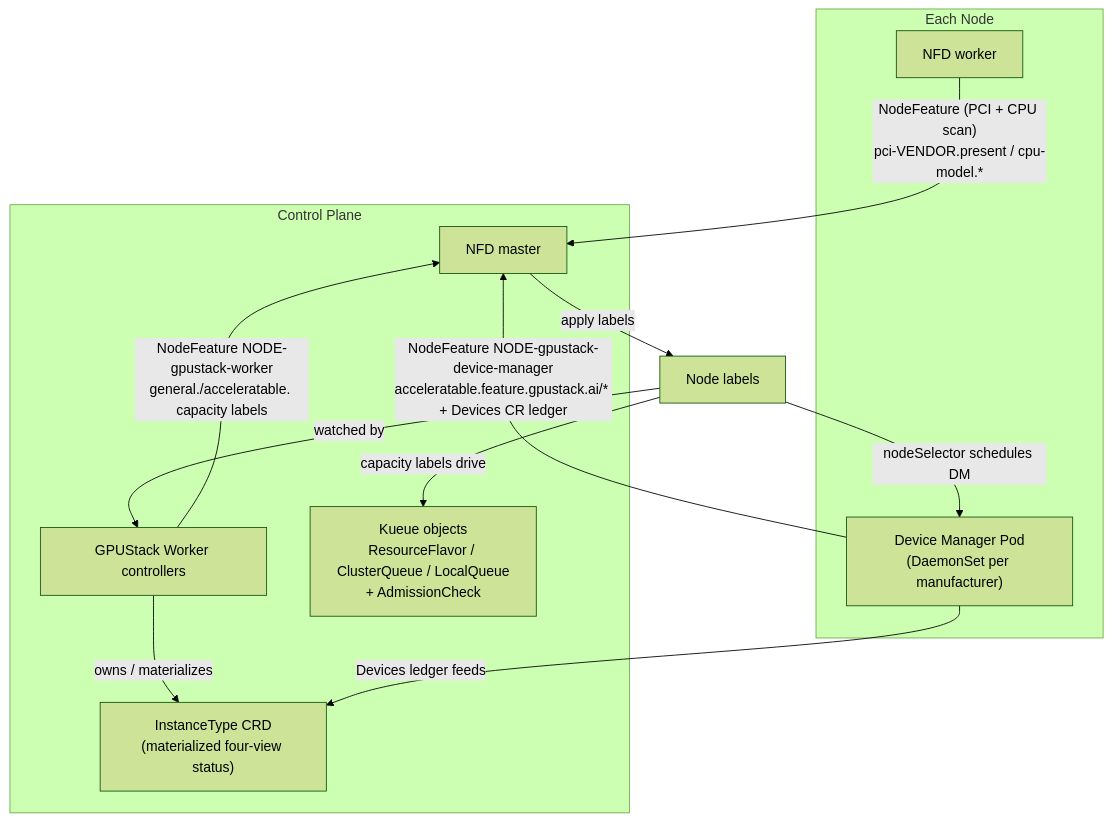
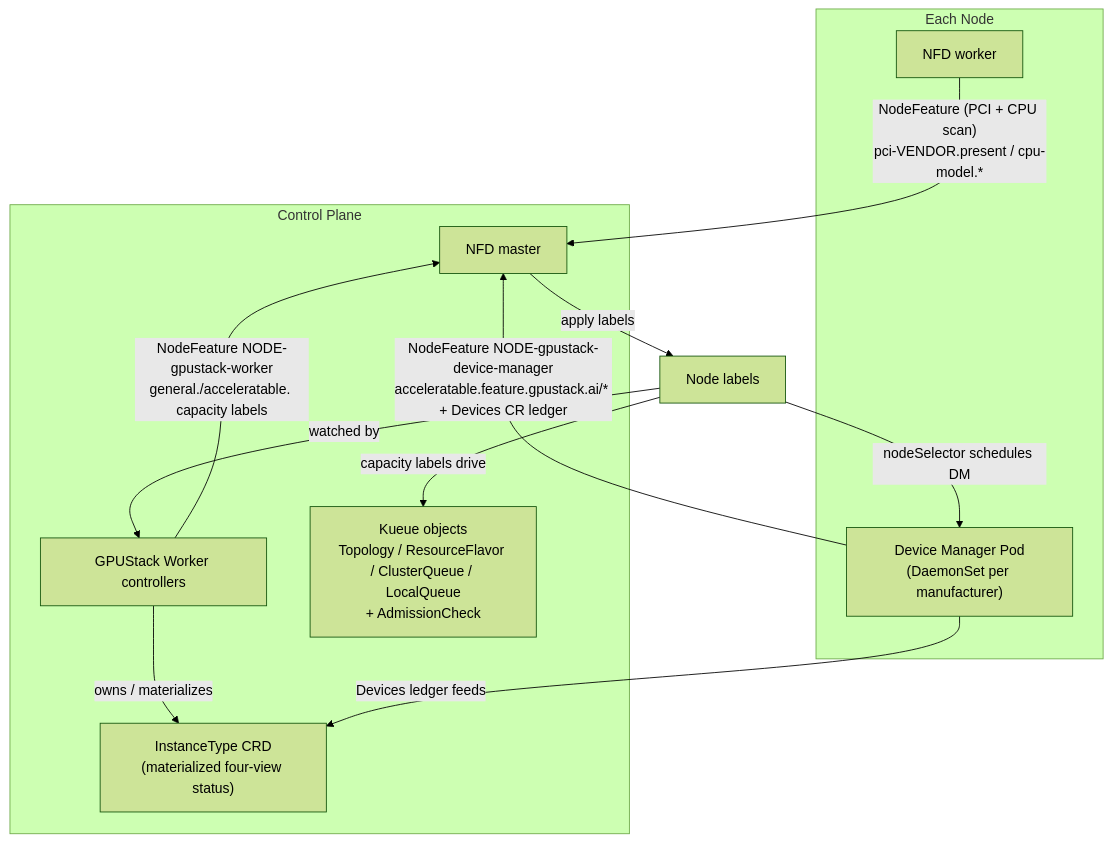
The diagram in docs/architecture.md (gpustack/gpustack-operator), drawn with Mermaid (forest theme) before and after one commit. The commit also changed other lines of this file and 139 other files, not shown here.

````diff
--- a/docs/architecture.md
+++ b/docs/architecture.md
@@ -48,24 +48,24 @@
 ```mermaid
 flowchart TD
     subgraph node["Each Node"]
         NFDW["NFD worker"]
         DM["Device Manager Pod<br/>(DaemonSet per manufacturer)"]
     end
 
     subgraph control["Control Plane"]
         NFDM["NFD master"]
         WK["GPUStack Worker controllers"]
-        KUEUE["Kueue objects<br/>ResourceFlavor / ClusterQueue / LocalQueue<br/>+ AdmissionCheck"]
+        KUEUE["Kueue objects<br/>Topology / ResourceFlavor / ClusterQueue / LocalQueue<br/>+ AdmissionCheck"]
         IT["InstanceType CRD<br/>(materialized four-view status)"]
     end
 
     NFDW -- "NodeFeature (PCI + CPU scan)<br/>pci-VENDOR.present / cpu-model.*" --> NFDM
     NFDM -- "apply labels" --> NODE["Node labels"]
     NODE -- "nodeSelector schedules DM" --> DM
     DM -- "NodeFeature NODE-gpustack-device-manager<br/>acceleratable.feature.gpustack.ai/* + Devices CR ledger" --> NFDM
     NODE -- "watched by" --> WK
     WK -- "NodeFeature NODE-gpustack-worker<br/>general./acceleratable. capacity labels" --> NFDM
     NODE -- "capacity labels drive" --> KUEUE
     WK -- "owns / materializes" --> IT
     DM -- "Devices ledger feeds" --> IT
 ```
````
